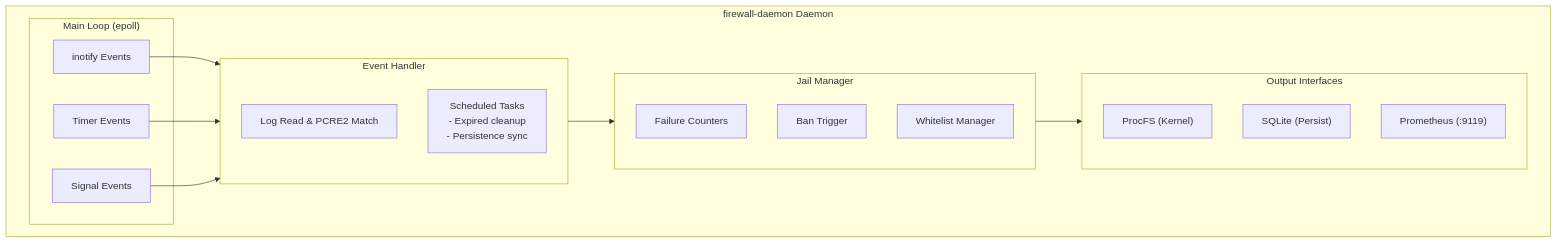
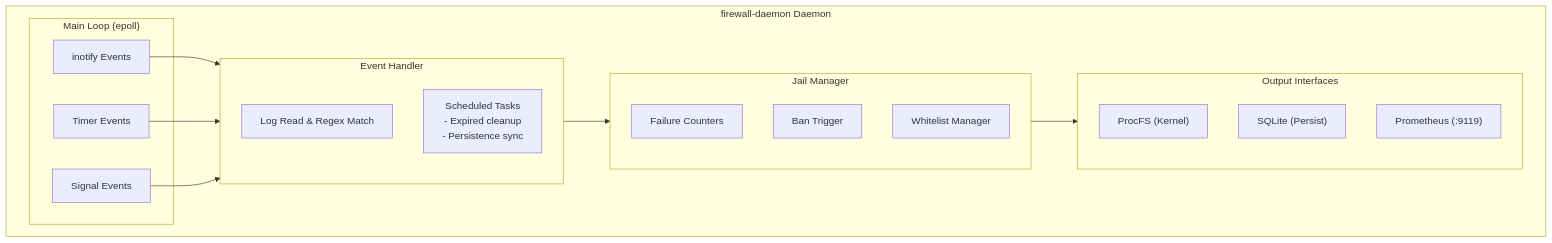
One commit to SnowCore8/linux-firewall-kmod changed the first of 6 diagrams in docs/en/architecture/daemon.md. Above: the diagram before and after it, drawn with Mermaid. The commit also changed other lines of this file and 35 other files, not shown here.

````diff
--- a/docs/en/architecture/daemon.md
+++ b/docs/en/architecture/daemon.md
@@ -28,33 +26,33 @@
 ```mermaid
 graph TB
     subgraph Daemon["firewall-daemon Daemon"]
         subgraph MainLoop["Main Loop (epoll)"]
             Inotify["inotify Events"]
             Timer["Timer Events"]
             Signal["Signal Events"]
         end
 
         subgraph EventHandler["Event Handler"]
-            LogRead["Log Read & PCRE2 Match"]
+            LogRead["Log Read & Regex Match"]
             ScheduledTasks["Scheduled Tasks<br/>- Expired cleanup<br/>- Persistence sync"]
         end
 
         subgraph JailManager["Jail Manager"]
             FailureCounters["Failure Counters"]
             BanTrigger["Ban Trigger"]
             WhitelistManager["Whitelist Manager"]
         end
 
         subgraph OutputInterfaces["Output Interfaces"]
             ProcFS["ProcFS (Kernel)"]
             SQLite["SQLite (Persist)"]
             Prometheus["Prometheus (:9119)"]
         end
 
         Inotify --> EventHandler
         Timer --> EventHandler
         Signal --> EventHandler
         EventHandler --> JailManager
         JailManager --> OutputInterfaces
     end
 ```
````
